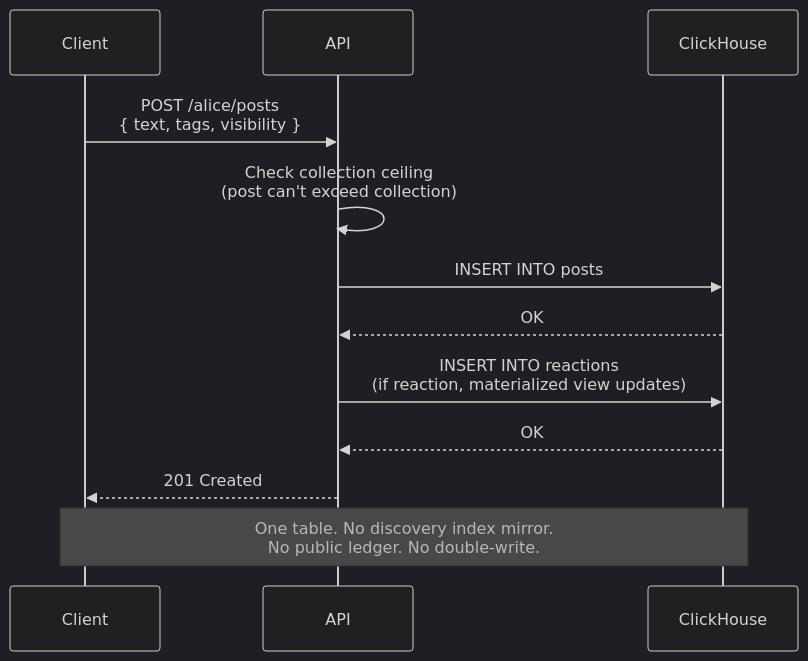
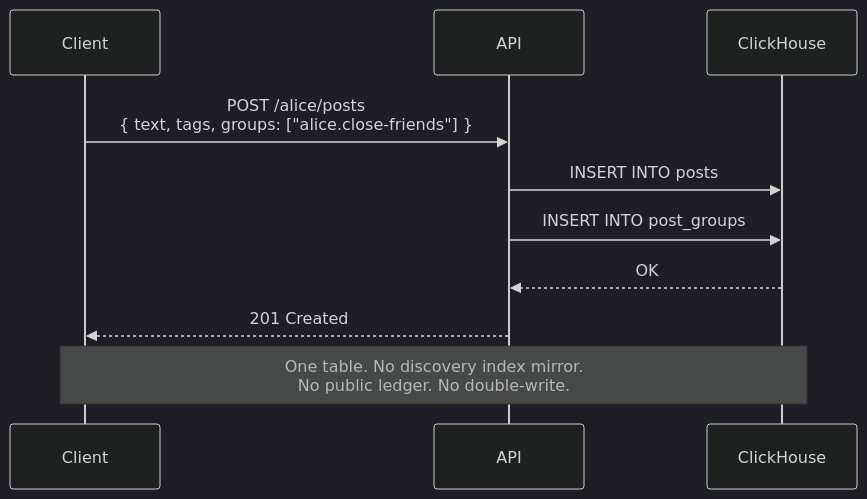
Before and after one commit to jacoby149/web10: the sixth of 7 diagrams in knowledge/knowledge-base/web10-v3/overview.md, drawn with Mermaid (dark theme). The commit also changed other lines of this file and 1 other file, not shown here.

Commit message:
docs: rewrite v3 overview — groups as policy containers, service contracts restrict, group contracts grant

````diff
--- a/knowledge/knowledge-base/web10-v3/overview.md
+++ b/knowledge/knowledge-base/web10-v3/overview.md
@@ -348,16 +345,14 @@
 ```mermaid
 sequenceDiagram
     participant Client
     participant API
     participant ClickHouse
 
-    Client->>API: POST /alice/posts<br/>{ text, tags, visibility }
-    API->>API: Check collection ceiling<br/>(post can't exceed collection)
+    Client->>API: POST /alice/posts<br/>{ text, tags, groups: ["alice.close-friends"] }
     API->>ClickHouse: INSERT INTO posts
-    ClickHouse-->>API: OK
-    API->>ClickHouse: INSERT INTO reactions<br/>(if reaction, materialized view updates)
+    API->>ClickHouse: INSERT INTO post_groups
     ClickHouse-->>API: OK
     API-->>Client: 201 Created
 
     Note over Client,ClickHouse: One table. No discovery index mirror.<br/>No public ledger. No double-write.
 ```
````
